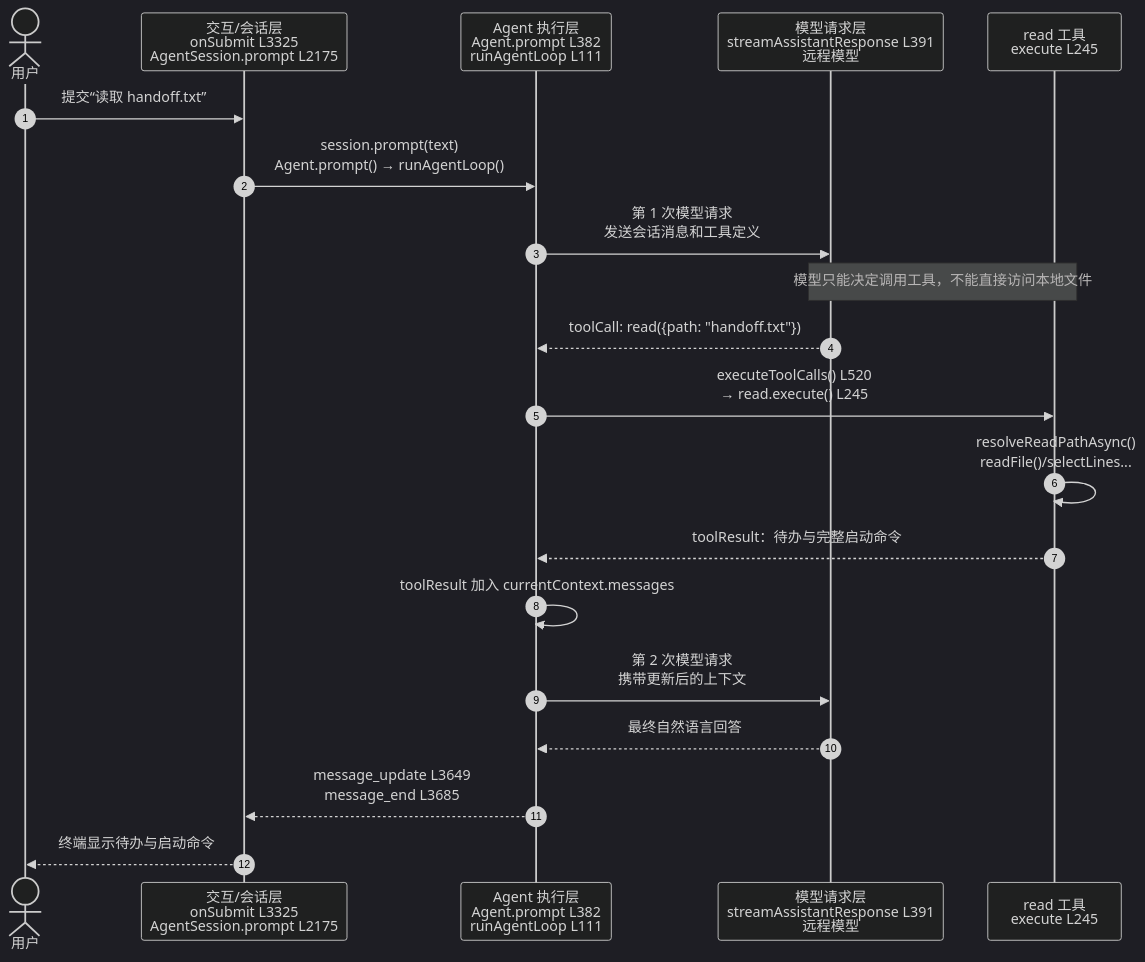
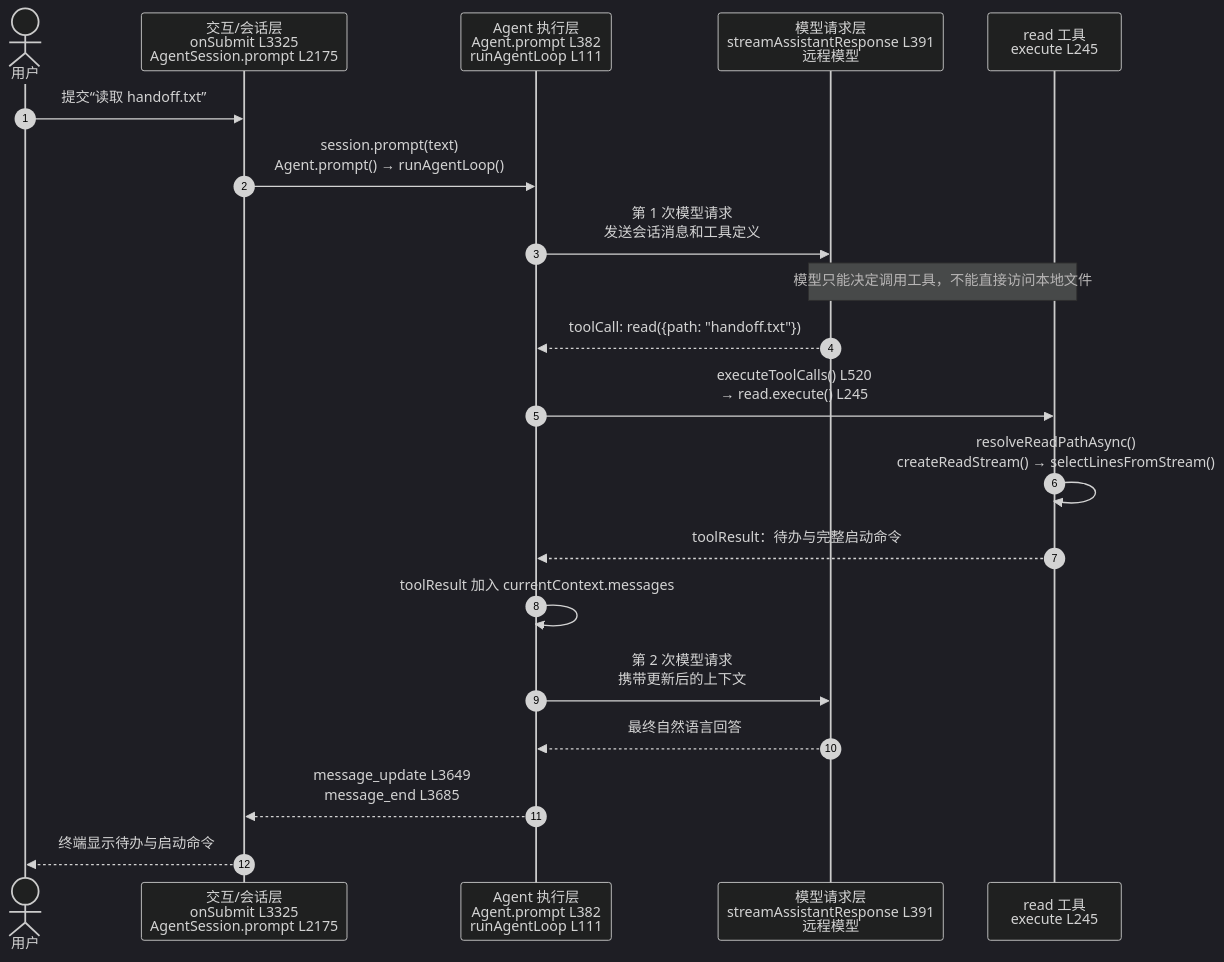
Before and after one commit to ttt587/my-docs: the diagram in practice-05/figures/fig1-tool-call-sequence.mmd, drawn with Mermaid (dark theme). The commit also changed 1 other file, not shown here.

```diff
--- a/practice-05/figures/fig1-tool-call-sequence.mmd
+++ b/practice-05/figures/fig1-tool-call-sequence.mmd
@@ -1,21 +1,21 @@
 sequenceDiagram
     autonumber
     actor U as 用户
     participant I as 交互/会话层<br/>onSubmit L3325<br/>AgentSession.prompt L2175
     participant A as Agent 执行层<br/>Agent.prompt L382<br/>runAgentLoop L111
     participant M as 模型请求层<br/>streamAssistantResponse L391<br/>远程模型
     participant R as read 工具<br/>execute L245
 
     U->>I: 提交“读取 handoff.txt”
     I->>A: session.prompt(text)<br/>Agent.prompt() → runAgentLoop()
     A->>M: 第 1 次模型请求<br/>发送会话消息和工具定义
     Note over M,R: 模型只能决定调用工具，不能直接访问本地文件
     M-->>A: toolCall: read({path: "handoff.txt"})
     A->>R: executeToolCalls() L520<br/>→ read.execute() L245
-    R->>R: resolveReadPathAsync()<br/>readFile()/selectLines...
+    R->>R: resolveReadPathAsync()<br/>createReadStream() → selectLinesFromStream()
     R-->>A: toolResult：待办与完整启动命令
     A->>A: toolResult 加入 currentContext.messages
     A->>M: 第 2 次模型请求<br/>携带更新后的上下文
     M-->>A: 最终自然语言回答
     A-->>I: message_update L3649<br/>message_end L3685
     I-->>U: 终端显示待办与启动命令
```
